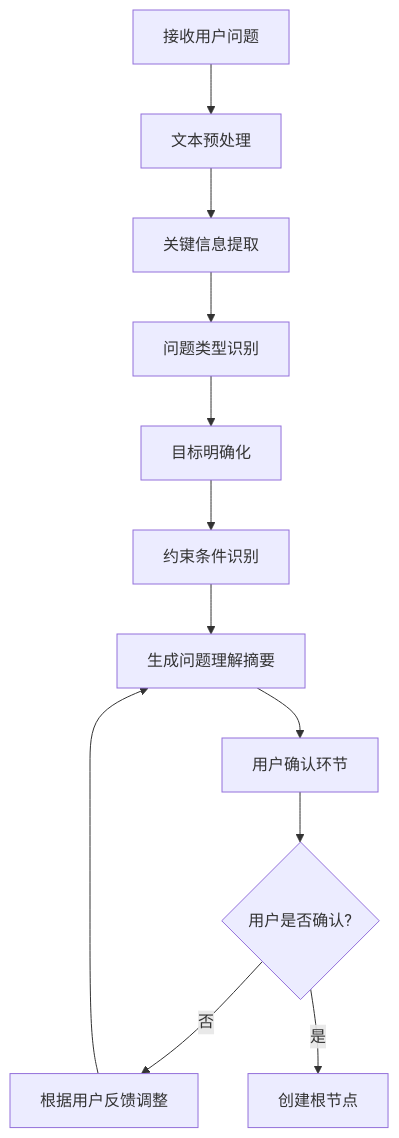
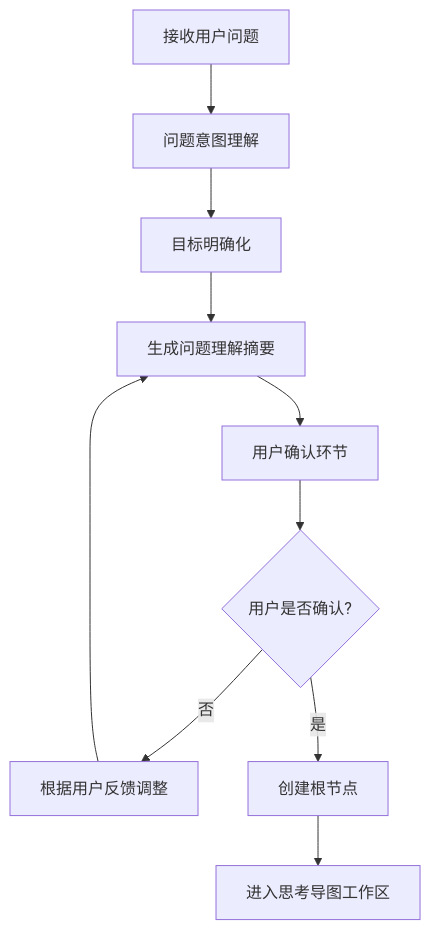
One commit to PGshen/thinking-map changed the second of 7 diagrams in docs/agent-system-design.md. Above: the diagram before and after it, drawn with Mermaid. The commit also changed other lines of this file, not shown here.

````diff
--- a/docs/agent-system-design.md
+++ b/docs/agent-system-design.md
@@ -57,14 +61,12 @@
 ```mermaid
 flowchart TD
-    A[接收用户问题] --> B[文本预处理]
-    B --> C[关键信息提取]
-    C --> D[问题类型识别]
-    D --> E[目标明确化]
-    E --> F[约束条件识别]
-    F --> G[生成问题理解摘要]
-    G --> H[用户确认环节]
-    H --> I{用户是否确认?}
-    I -->|否| J[根据用户反馈调整]
-    J --> G
-    I -->|是| K[创建根节点]
+    A[接收用户问题] --> B[问题意图理解]
+    B --> C[目标明确化]
+    C --> D[生成问题理解摘要]
+    D --> E[用户确认环节]
+    E --> F{用户是否确认?}
+    F -->|否| G[根据用户反馈调整]
+    G --> D
+    F -->|是| H[创建根节点]
+    H --> I[进入思考导图工作区]
 ```
````
